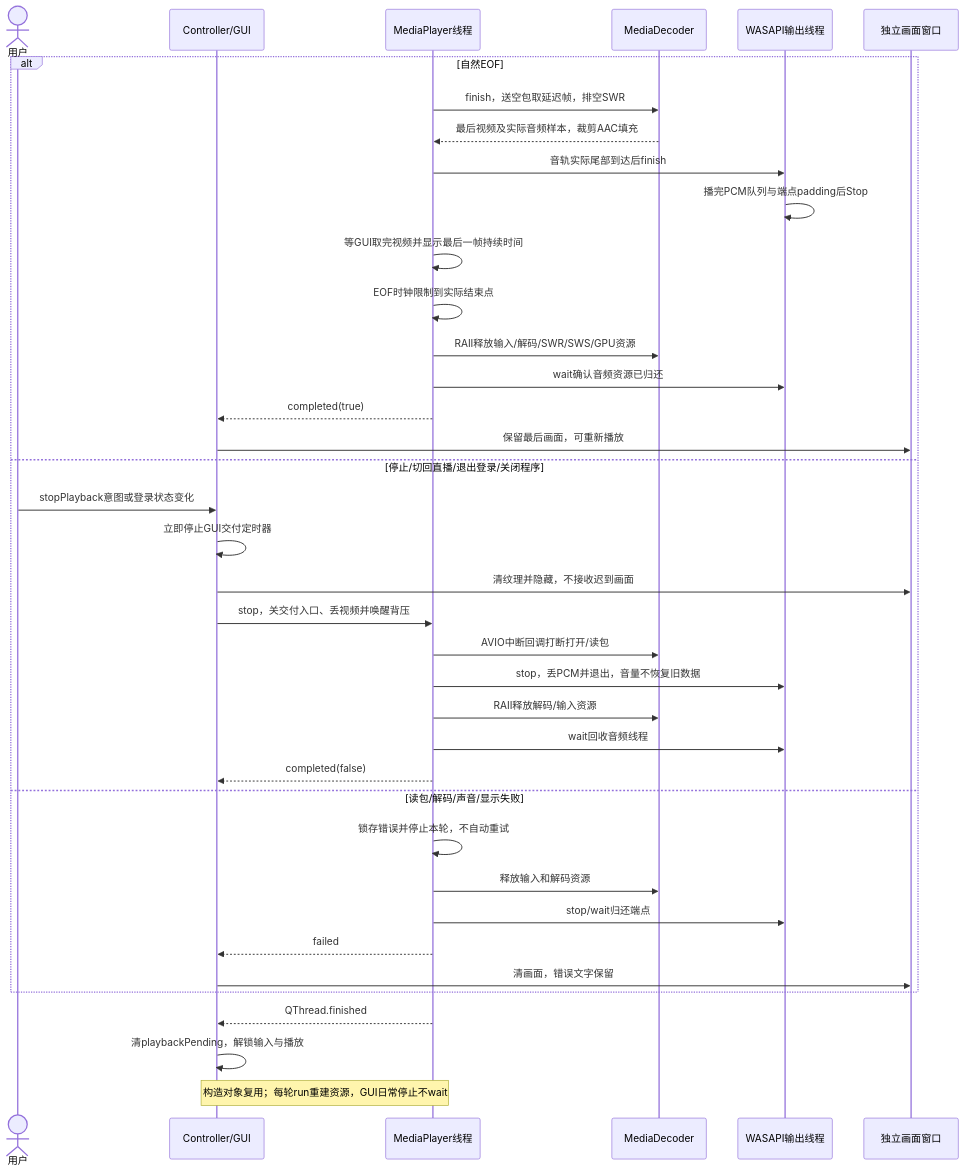
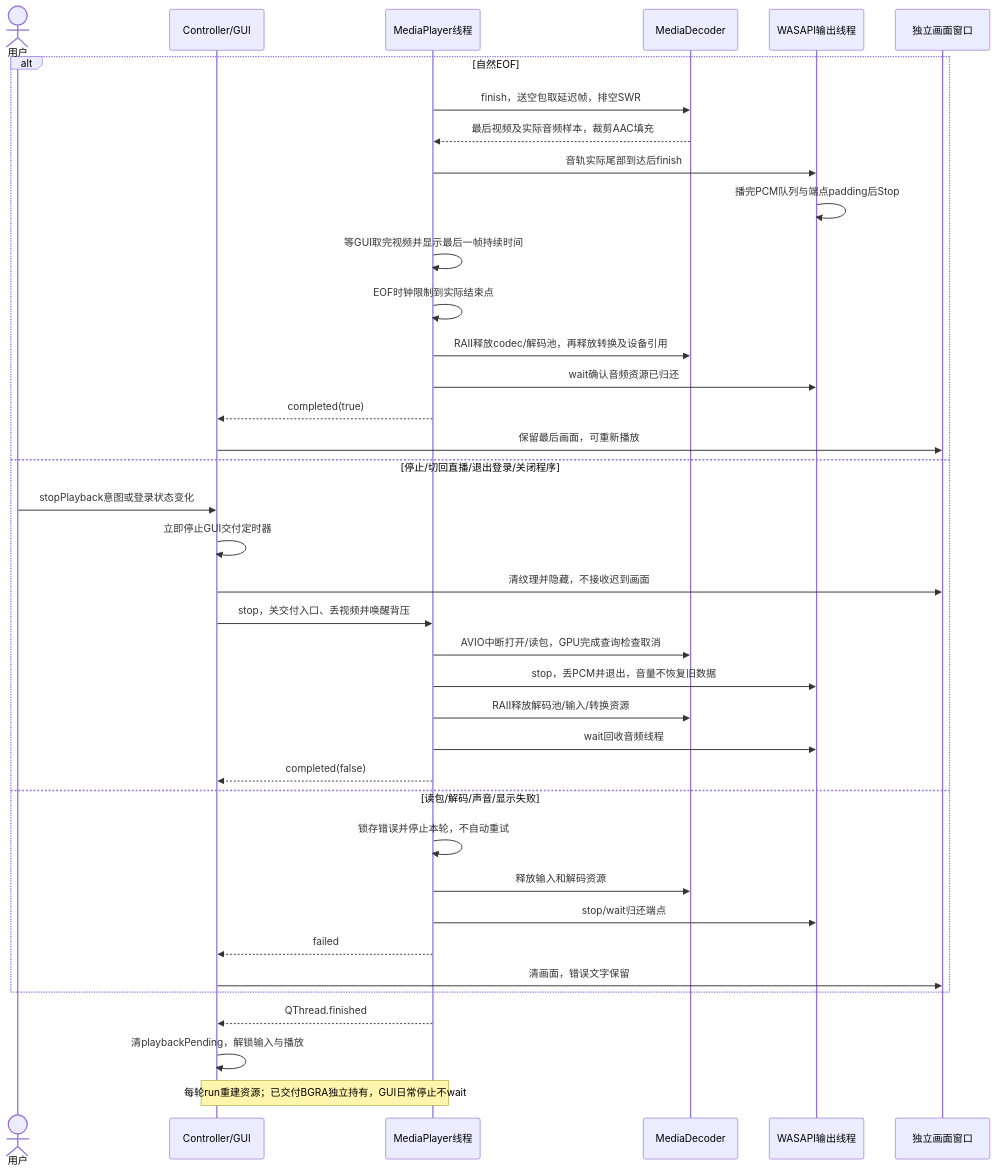
Before and after one commit to kingsman-svg/OBS: the diagram in docs/uml/vod-stop.mmd, drawn with Mermaid. The commit also changed 38 other files, not shown here.

```diff
--- a/docs/uml/vod-stop.mmd
+++ b/docs/uml/vod-stop.mmd
@@ -1,38 +1,38 @@
 sequenceDiagram
 actor U as 用户
 participant C as Controller/GUI
 participant P as MediaPlayer线程
 participant D as MediaDecoder
 participant A as WASAPI输出线程
 participant R as 独立画面窗口
 alt 自然EOF
 P->>D: finish，送空包取延迟帧，排空SWR
 D-->>P: 最后视频及实际音频样本，裁剪AAC填充
 P->>A: 音轨实际尾部到达后finish
 A->>A: 播完PCM队列与端点padding后Stop
 P->>P: 等GUI取完视频并显示最后一帧持续时间
 P->>P: EOF时钟限制到实际结束点
-P->>D: RAII释放输入/解码/SWR/SWS/GPU资源
+P->>D: RAII释放codec/解码池，再释放转换及设备引用
 P->>A: wait确认音频资源已归还
 P-->>C: completed(true)
 C->>R: 保留最后画面，可重新播放
 else 停止/切回直播/退出登录/关闭程序
 U->>C: stopPlayback意图或登录状态变化
 C->>C: 立即停止GUI交付定时器
 C->>R: 清纹理并隐藏，不接收迟到画面
 C->>P: stop，关交付入口、丢视频并唤醒背压
-P->>D: AVIO中断回调打断打开/读包
+P->>D: AVIO中断打开/读包，GPU完成查询检查取消
 P->>A: stop，丢PCM并退出，音量不恢复旧数据
-P->>D: RAII释放解码/输入资源
+P->>D: RAII释放解码池/输入/转换资源
 P->>A: wait回收音频线程
 P-->>C: completed(false)
 else 读包/解码/声音/显示失败
 P->>P: 锁存错误并停止本轮，不自动重试
 P->>D: 释放输入和解码资源
 P->>A: stop/wait归还端点
 P-->>C: failed
 C->>R: 清画面，错误文字保留
 end
 P-->>C: QThread.finished
 C->>C: 清playbackPending，解锁输入与播放
-Note over C,P: 构造对象复用；每轮run重建资源，GUI日常停止不wait
+Note over C,P: 每轮run重建资源；已交付BGRA独立持有，GUI日常停止不wait
```
